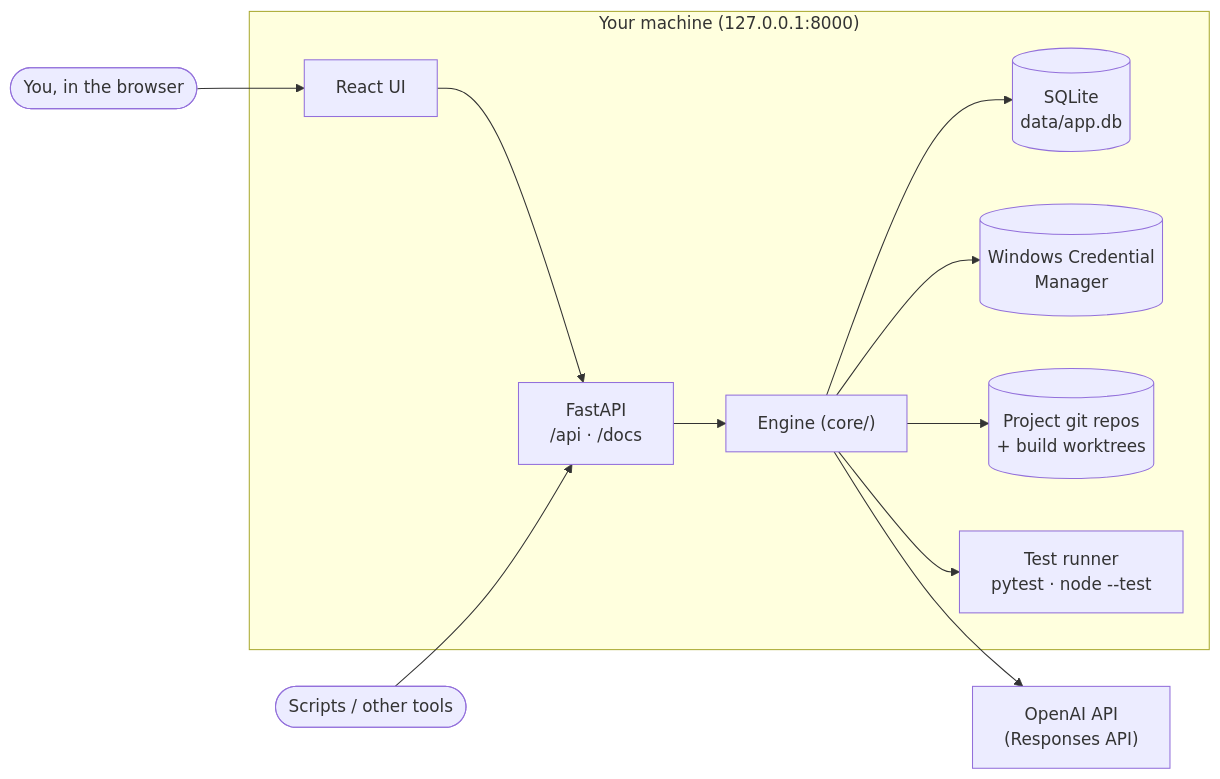
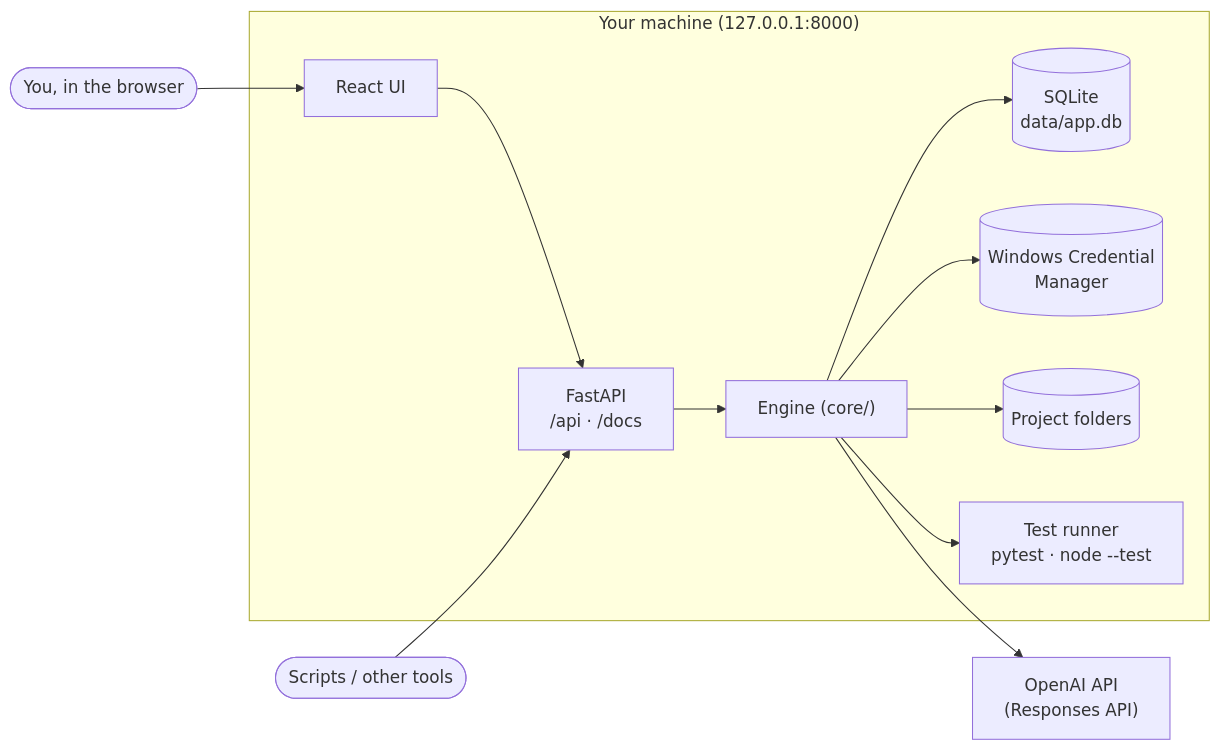
One commit to GurpiyarSingh/AgentOrchestration changed the first of 5 diagrams in docs/ARCHITECTURE.md. Above: the diagram before and after it, drawn with Mermaid. The commit also changed other lines of this file and 64 other files, not shown here.

````diff
--- a/docs/ARCHITECTURE.md
+++ b/docs/ARCHITECTURE.md
@@ -22,26 +22,26 @@
 ```mermaid
 flowchart LR
     user([You, in the browser])
     client([Scripts / other tools])
 
     subgraph local["Your machine (127.0.0.1:8000)"]
         web["React UI"]
         api["FastAPI<br/>/api · /docs"]
         core["Engine (core/)"]
         db[("SQLite<br/>data/app.db")]
         vault[("Windows Credential<br/>Manager")]
-        repos[("Project git repos<br/>+ build worktrees")]
+        repos[("Project folders")]
         runner["Test runner<br/>pytest · node --test"]
     end
 
     openai["OpenAI API<br/>(Responses API)"]
 
     user --> web --> api
     client --> api
     api --> core
     core --> db
     core --> vault
     core --> repos
     core --> runner
     core --> openai
 ```
````
